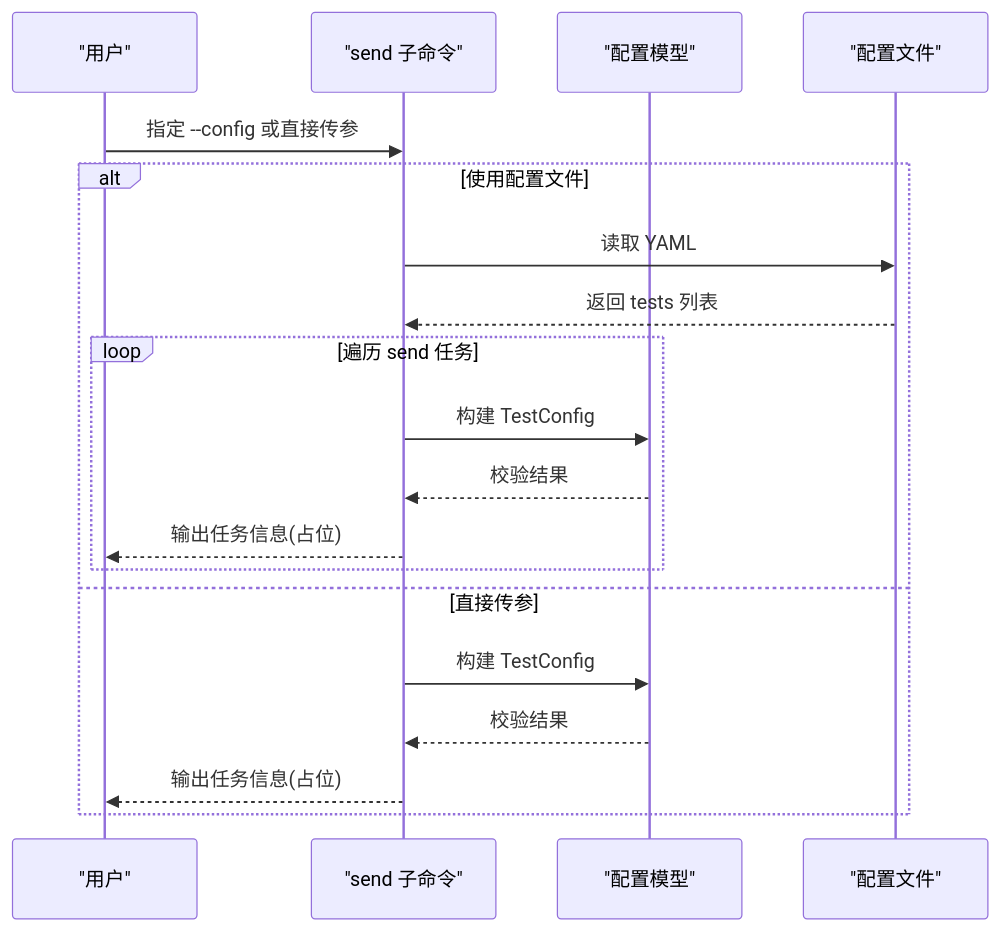
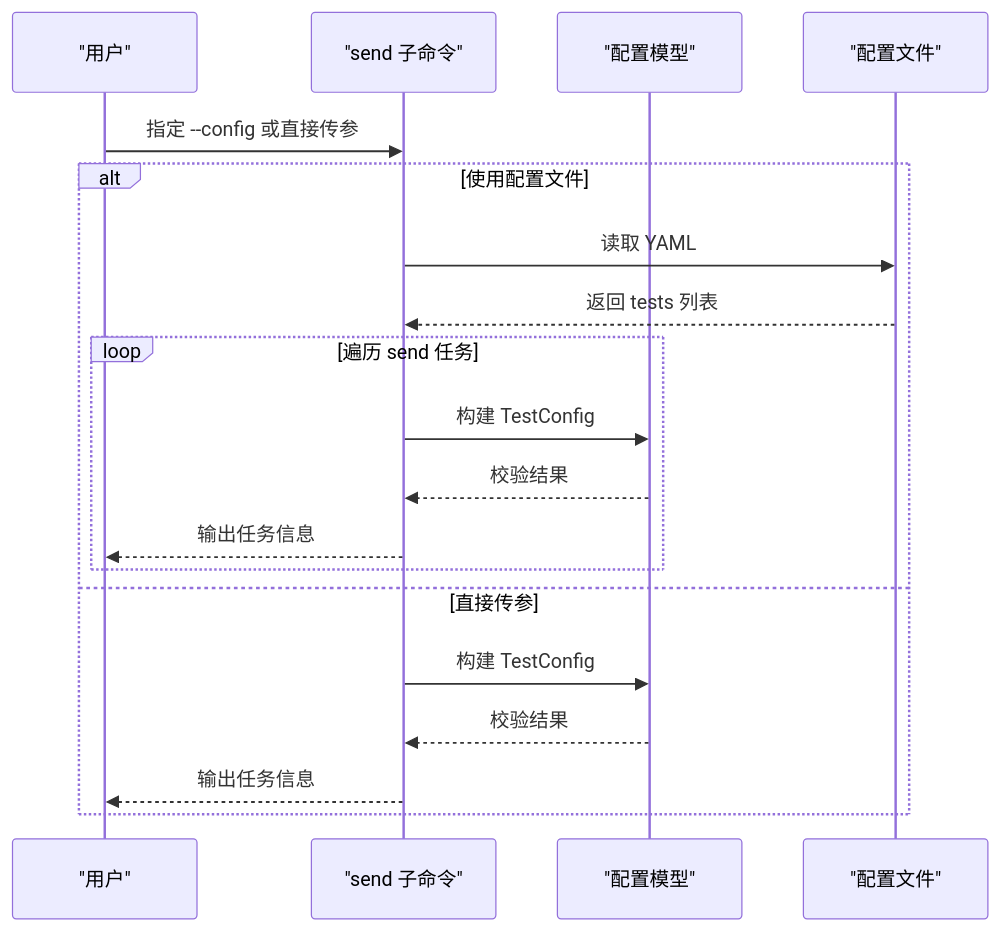
Before and after one commit to yanzhen74/ping-x: the fourth of 8 diagrams in .qoder/repowiki/zh/content/网络协议支持/组播协议测试.md, drawn with Mermaid. The commit also changed other lines of this file and 16 other files, not shown here.

````diff
--- a/.qoder/repowiki/zh/content/网络协议支持/组播协议测试.md
+++ b/.qoder/repowiki/zh/content/网络协议支持/组播协议测试.md
@@ -179,21 +206,21 @@
 ```mermaid
 sequenceDiagram
 participant U as "用户"
 participant SEND as "send 子命令"
 participant CFG as "配置模型"
 participant FILE as "配置文件"
 U->>SEND : 指定 --config 或直接传参
 alt 使用配置文件
 SEND->>FILE : 读取 YAML
 FILE-->>SEND : 返回 tests 列表
 loop 遍历 send 任务
 SEND->>CFG : 构建 TestConfig
 CFG-->>SEND : 校验结果
-SEND-->>U : 输出任务信息(占位)
+SEND-->>U : 输出任务信息
 end
 else 直接传参
 SEND->>CFG : 构建 TestConfig
 CFG-->>SEND : 校验结果
-SEND-->>U : 输出任务信息(占位)
+SEND-->>U : 输出任务信息
 end
 ```
````
